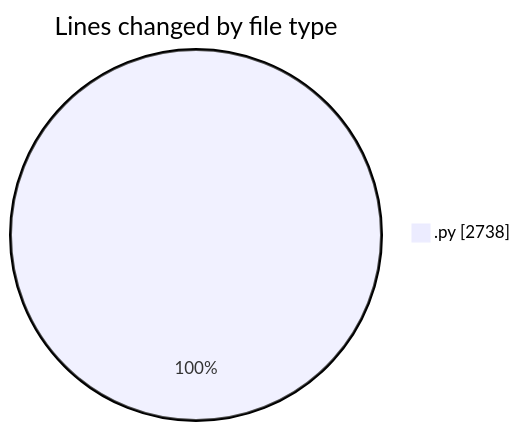
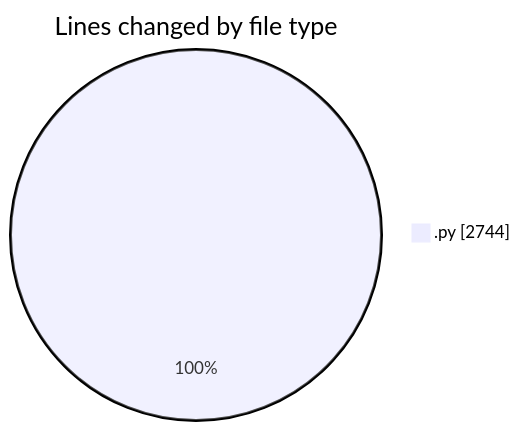
Before and after one commit to julien-gomy/code-tracking: the first of 2 diagrams in 2025-11-24/eventscop-api-guide__workspace_/README.md, drawn with Mermaid. The commit also changed other lines of this file and 1 other file, not shown here.

````diff
--- a/2025-11-24/eventscop-api-guide__workspace_/README.md
+++ b/2025-11-24/eventscop-api-guide__workspace_/README.md
@@ -24,5 +24,5 @@
 ```mermaid
 pie showData
 title Lines changed by file type
-".py" : 2738
+".py" : 2744
 ```
````
